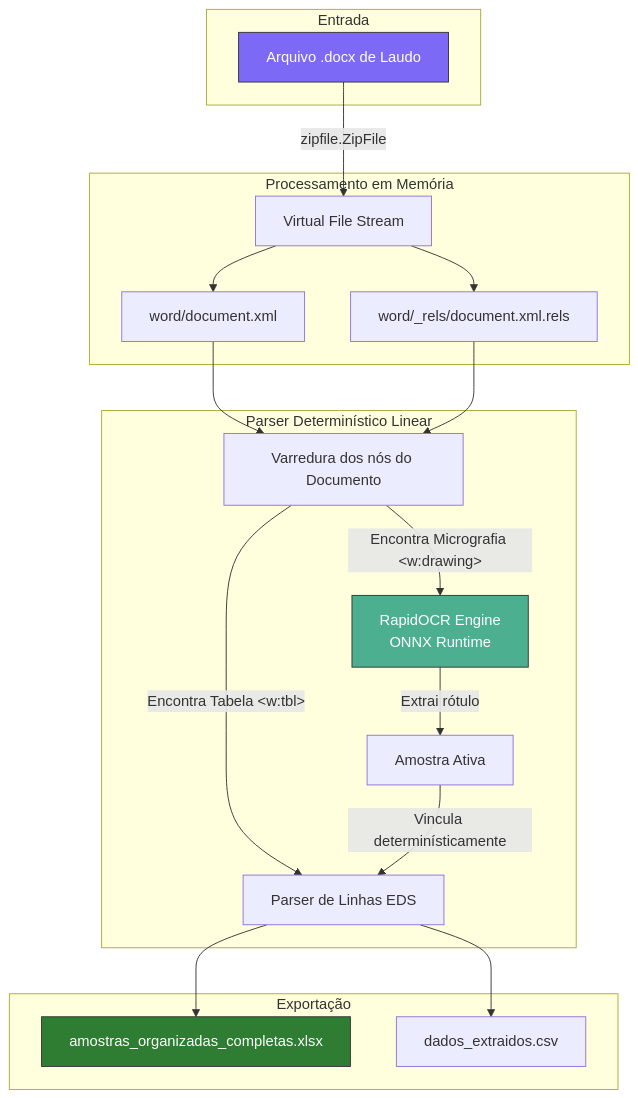
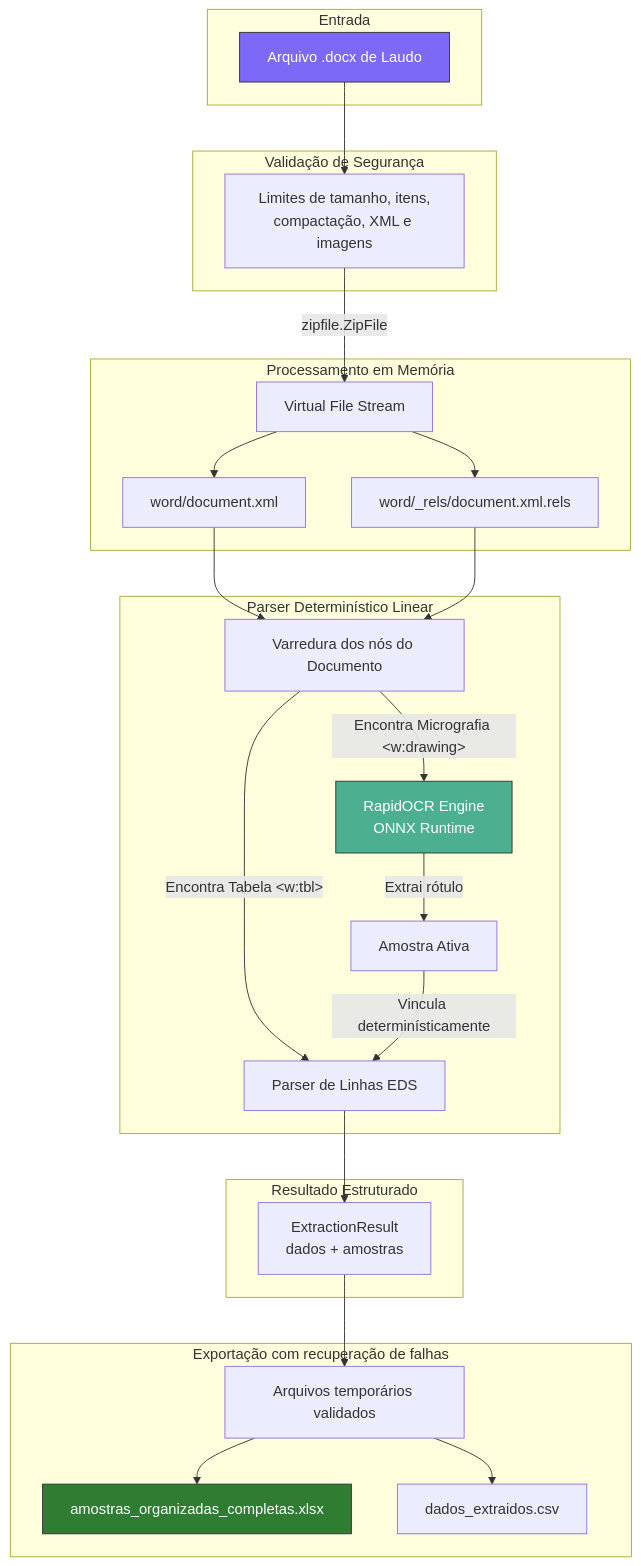
Before and after one commit to rodrigofpo/rex: the diagram in docs/architecture.md, drawn with Mermaid. The commit also changed other lines of this file and 10 other files, not shown here.

````diff
--- a/docs/architecture.md
+++ b/docs/architecture.md
@@ -9,32 +9,41 @@
 ```mermaid
 flowchart TD
     subgraph Entrada
         DOCX[Arquivo .docx de Laudo]
     end
 
+    subgraph Validação de Segurança
+        DOCX --> LIMITS[Limites de tamanho, itens,<br>compactação, XML e imagens]
+    end
+
     subgraph Processamento em Memória
-        DOCX -->|zipfile.ZipFile| VFS[Virtual File Stream]
+        LIMITS -->|zipfile.ZipFile| VFS[Virtual File Stream]
         VFS --> RELS[word/_rels/document.xml.rels]
         VFS --> DOCXML[word/document.xml]
     end
 
     subgraph Parser Determinístico Linear
         DOCXML --> ITER[Varredura dos nós do Documento]
         RELS --> ITER
 
         ITER -->|Encontra Micrografia &lt;w:drawing&gt;| OCR[RapidOCR Engine<br>ONNX Runtime]
         OCR -->|Extrai rótulo| SAMPLE[Amostra Ativa]
 
         ITER -->|Encontra Tabela &lt;w:tbl&gt;| TABLE[Parser de Linhas EDS]
         SAMPLE -->|Vincula determinísticamente| TABLE
     end
 
-    subgraph Exportação
-        TABLE --> EXCEL[amostras_organizadas_completas.xlsx]
-        TABLE --> CSV[dados_extraidos.csv]
+    subgraph Resultado Estruturado
+        TABLE --> RESULT[ExtractionResult<br>dados + amostras]
+    end
+
+    subgraph Exportação com recuperação de falhas
+        RESULT --> TEMP[Arquivos temporários validados]
+        TEMP --> EXCEL[amostras_organizadas_completas.xlsx]
+        TEMP --> CSV[dados_extraidos.csv]
     end
 
     style DOCX fill:#7c6af7,stroke:#333,color:#fff
     style OCR fill:#4caf90,stroke:#333,color:#fff
     style EXCEL fill:#2e7d32,stroke:#333,color:#fff
 ```
````
